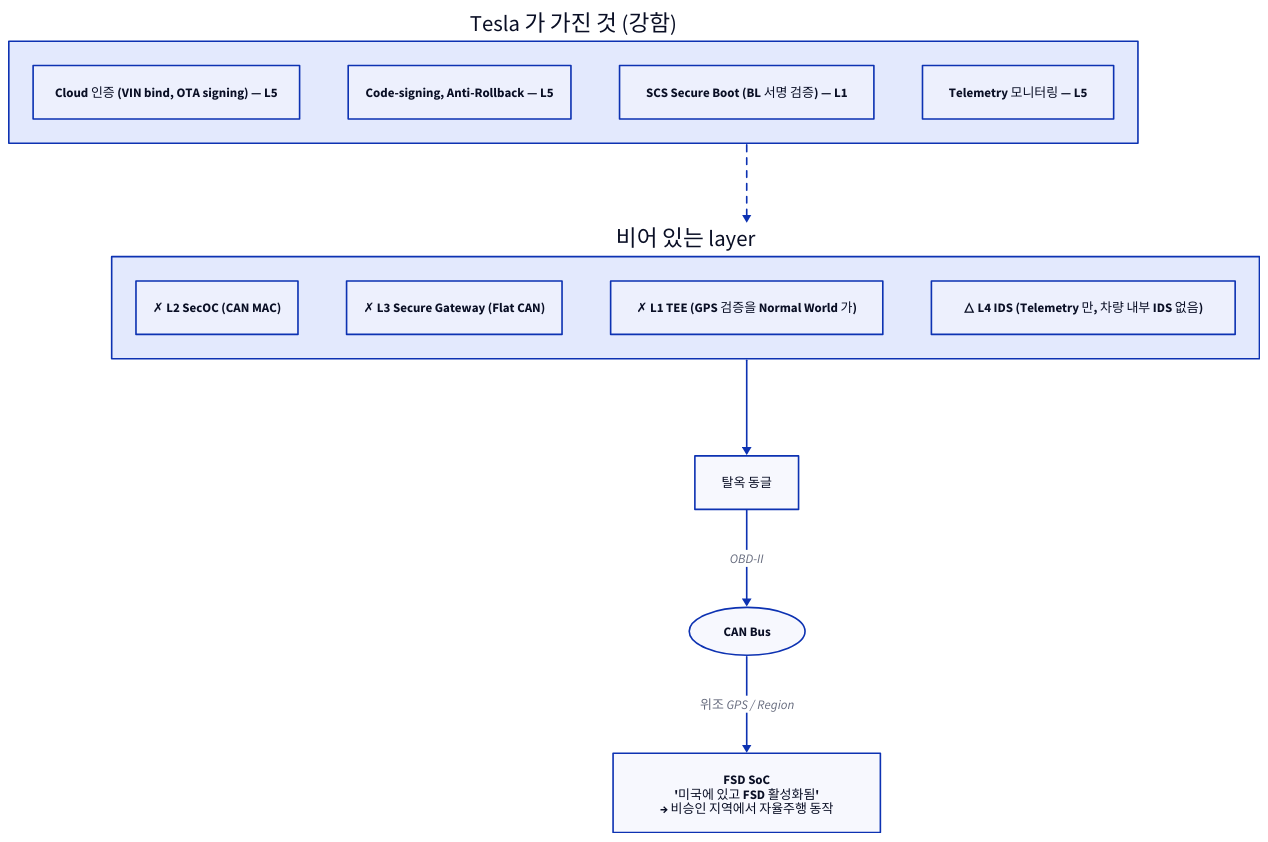
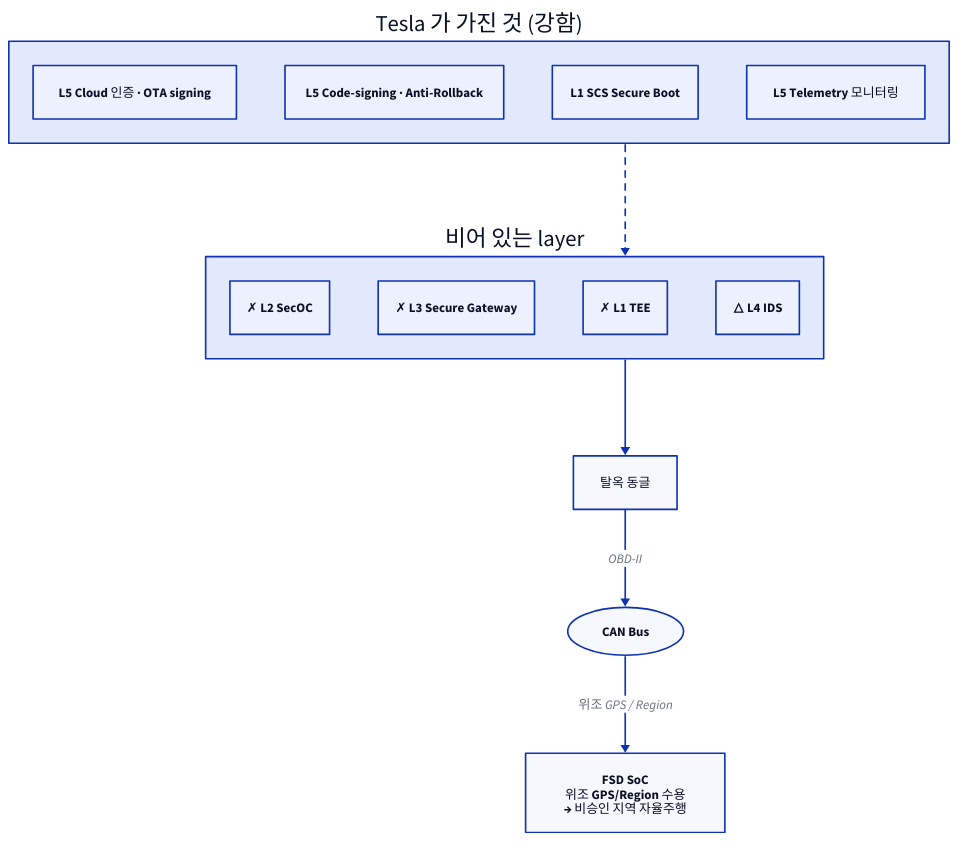
The first of 9 diagrams in topics/automotive_cybersecurity/docs/03_tesla_fsd_case_study.md (humbleowl39/DV_SKOOL), drawn with D2 before and after one commit. The commit also changed other lines of this file and 90 other files, not shown here.

First line of the commit message:
docs: 전 토픽 다이어그램 정비 — ASCII→D2, mermaid→D2, 과대 D2 가시성 수정

````diff
--- a/topics/automotive_cybersecurity/docs/03_tesla_fsd_case_study.md
+++ b/topics/automotive_cybersecurity/docs/03_tesla_fsd_case_study.md
@@ -92,23 +92,25 @@
 ```d2
 direction: down
 
 HAS: "Tesla 가 가진 것 (강함)" {
-  H1: "Cloud 인증 (VIN bind, OTA signing) — L5"
-  H2: "Code-signing, Anti-Rollback — L5"
-  H3: "SCS Secure Boot (BL 서명 검증) — L1"
-  H4: "Telemetry 모니터링 — L5"
+  direction: down
+  H1: "L5 Cloud 인증 · OTA signing"
+  H2: "L5 Code-signing · Anti-Rollback"
+  H3: "L1 SCS Secure Boot"
+  H4: "L5 Telemetry 모니터링"
 }
 MISS: "비어 있는 layer" {
-  M1: "✗ L2 SecOC (CAN MAC)"
-  M2: "✗ L3 Secure Gateway (Flat CAN)"
-  M3: "✗ L1 TEE (GPS 검증을 Normal World 가)"
-  M4: "△ L4 IDS (Telemetry 만, 차량 내부 IDS 없음)"
+  direction: down
+  M1: "✗ L2 SecOC"
+  M2: "✗ L3 Secure Gateway"
+  M3: "✗ L1 TEE"
+  M4: "△ L4 IDS"
 }
 DONGLE: "탈옥 동글"
 BUS: "CAN Bus" { shape: oval }
-FSD: "FSD SoC\n'미국에 있고 FSD 활성화됨'\n→ 비승인 지역에서 자율주행 동작"
+FSD: "FSD SoC\n위조 GPS/Region 수용\n→ 비승인 지역 자율주행"
 HAS -> MISS { style.stroke-dash: 4 }
 MISS -> DONGLE
 DONGLE -> BUS: "OBD-II"
 BUS -> FSD: "위조 GPS / Region"
 ```
````
